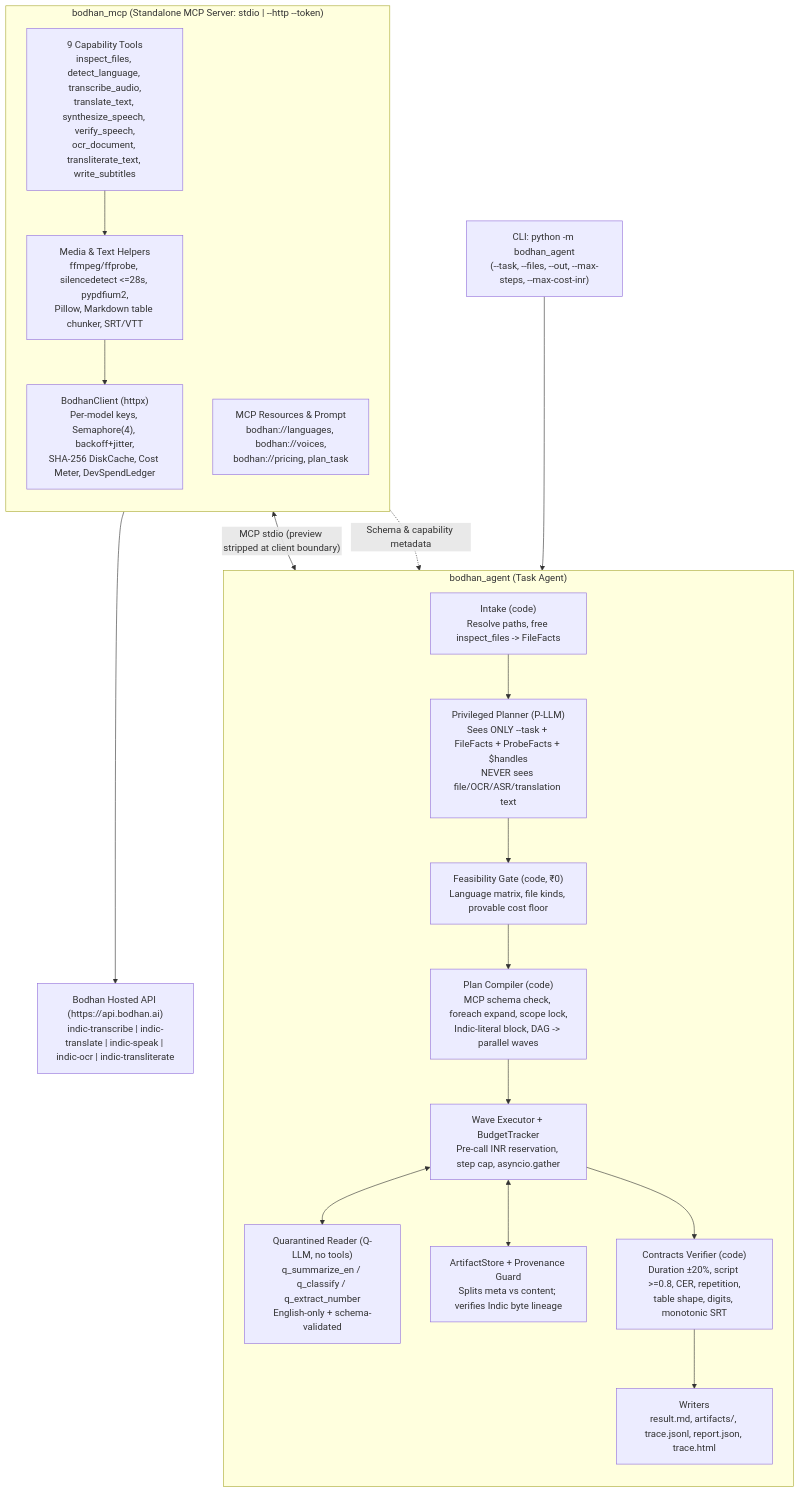
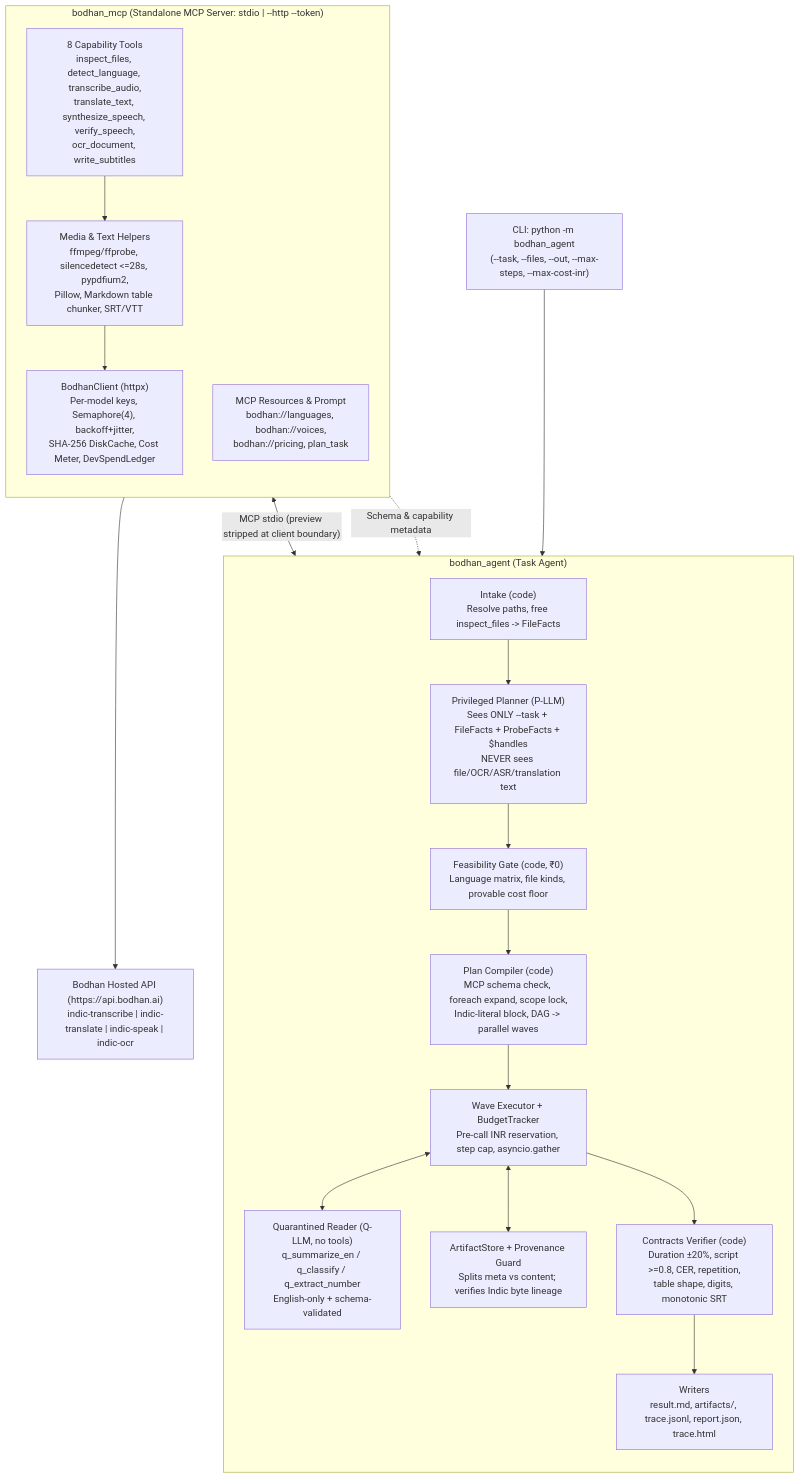
Before and after one commit to Bodhan-AI/Bodhan-AI-Cookbook: the diagram in examples/indic_task_compiler/docs/architecture.md, drawn with Mermaid. The commit also changed other lines of this file and 13 other files, not shown here.

Commit message:
refactor(indic_task_compiler): remove transliterate_text tool and align to 4 Bodhan models

````diff
--- a/examples/indic_task_compiler/docs/architecture.md
+++ b/examples/indic_task_compiler/docs/architecture.md
@@ -3,38 +3,38 @@
 ```mermaid
 flowchart TB
     CLI["CLI: python -m bodhan_agent<br/>(--task, --files, --out, --max-steps, --max-cost-inr)"]
 
     subgraph AGENT["bodhan_agent (Task Agent)"]
         direction TB
         INTAKE["Intake (code)<br/>Resolve paths, free inspect_files -> FileFacts"]
         PLLM["Privileged Planner (P-LLM)<br/>Sees ONLY --task + FileFacts + ProbeFacts + $handles<br/>NEVER sees file/OCR/ASR/translation text"]
         GATE["Feasibility Gate (code, ₹0)<br/>Language matrix, file kinds, provable cost floor"]
         COMPILER["Plan Compiler (code)<br/>MCP schema check, foreach expand, scope lock,<br/>Indic-literal block, DAG -> parallel waves"]
         EXEC["Wave Executor + BudgetTracker<br/>Pre-call INR reservation, step cap, asyncio.gather"]
         QLLM["Quarantined Reader (Q-LLM, no tools)<br/>q_summarize_en / q_classify / q_extract_number<br/>English-only + schema-validated"]
         STORE["ArtifactStore + Provenance Guard<br/>Splits meta vs content; verifies Indic byte lineage"]
         CONTRACTS["Contracts Verifier (code)<br/>Duration ±20%, script >=0.8, CER, repetition,<br/>table shape, digits, monotonic SRT"]
         WRITERS["Writers<br/>result.md, artifacts/, trace.jsonl, report.json, trace.html"]
     end
 
     subgraph MCP["bodhan_mcp (Standalone MCP Server: stdio | --http --token)"]
         direction TB
-        TOOLS["9 Capability Tools<br/>inspect_files, detect_language, transcribe_audio,<br/>translate_text, synthesize_speech, verify_speech,<br/>ocr_document, transliterate_text, write_subtitles"]
+        TOOLS["8 Capability Tools<br/>inspect_files, detect_language, transcribe_audio,<br/>translate_text, synthesize_speech, verify_speech,<br/>ocr_document, write_subtitles"]
         RES["MCP Resources & Prompt<br/>bodhan://languages, bodhan://voices,<br/>bodhan://pricing, plan_task"]
         HELPERS["Media & Text Helpers<br/>ffmpeg/ffprobe, silencedetect <=28s, pypdfium2,<br/>Pillow, Markdown table chunker, SRT/VTT"]
         CLIENT["BodhanClient (httpx)<br/>Per-model keys, Semaphore(4), backoff+jitter,<br/>SHA-256 DiskCache, Cost Meter, DevSpendLedger"]
     end
 
-    API["Bodhan Hosted API (https://api.bodhan.ai)<br/>indic-transcribe | indic-translate | indic-speak | indic-ocr | indic-transliterate"]
+    API["Bodhan Hosted API (https://api.bodhan.ai)<br/>indic-transcribe | indic-translate | indic-speak | indic-ocr"]
 
     CLI --> INTAKE --> PLLM
     PLLM --> GATE
     GATE --> COMPILER --> EXEC
     EXEC <--> QLLM
     EXEC <--> STORE
     EXEC --> CONTRACTS
     CONTRACTS --> WRITERS
     EXEC <-->|"MCP stdio (preview stripped at client boundary)"| TOOLS
     TOOLS --> HELPERS --> CLIENT --> API
     RES -.->|"Schema & capability metadata"| PLLM
 ```
````
